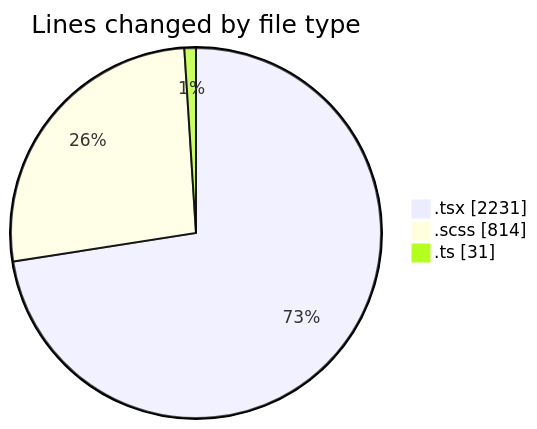
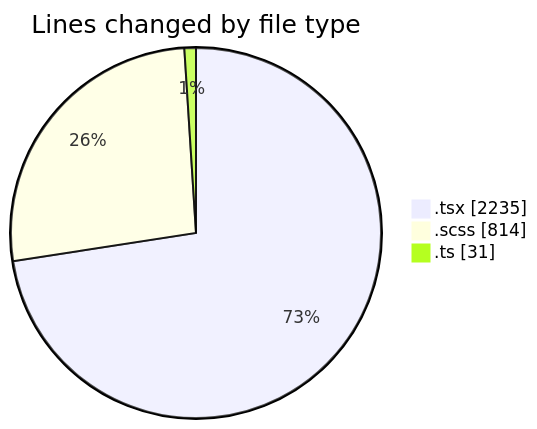
One commit to momahboobian/code-tracking changed the first of 2 diagrams in 2025-04-07/cda/README.md. Above: the diagram before and after it, drawn with Mermaid. The commit also changed other lines of this file and 1 other file, not shown here.

````diff
--- a/2025-04-07/cda/README.md
+++ b/2025-04-07/cda/README.md
@@ -32,7 +32,7 @@
 ```mermaid
 pie showData
 title Lines changed by file type
-".tsx" : 2231
+".tsx" : 2235
 ".scss" : 814
 ".ts" : 31
 ```
````
